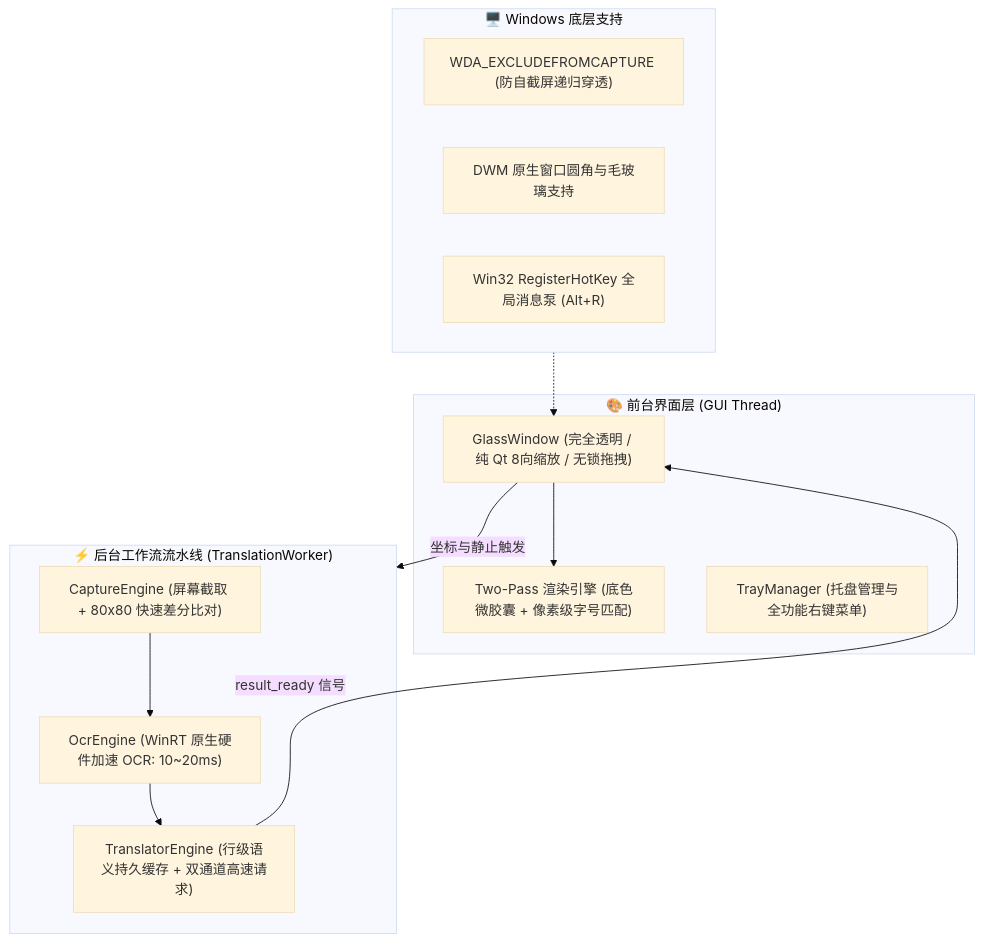
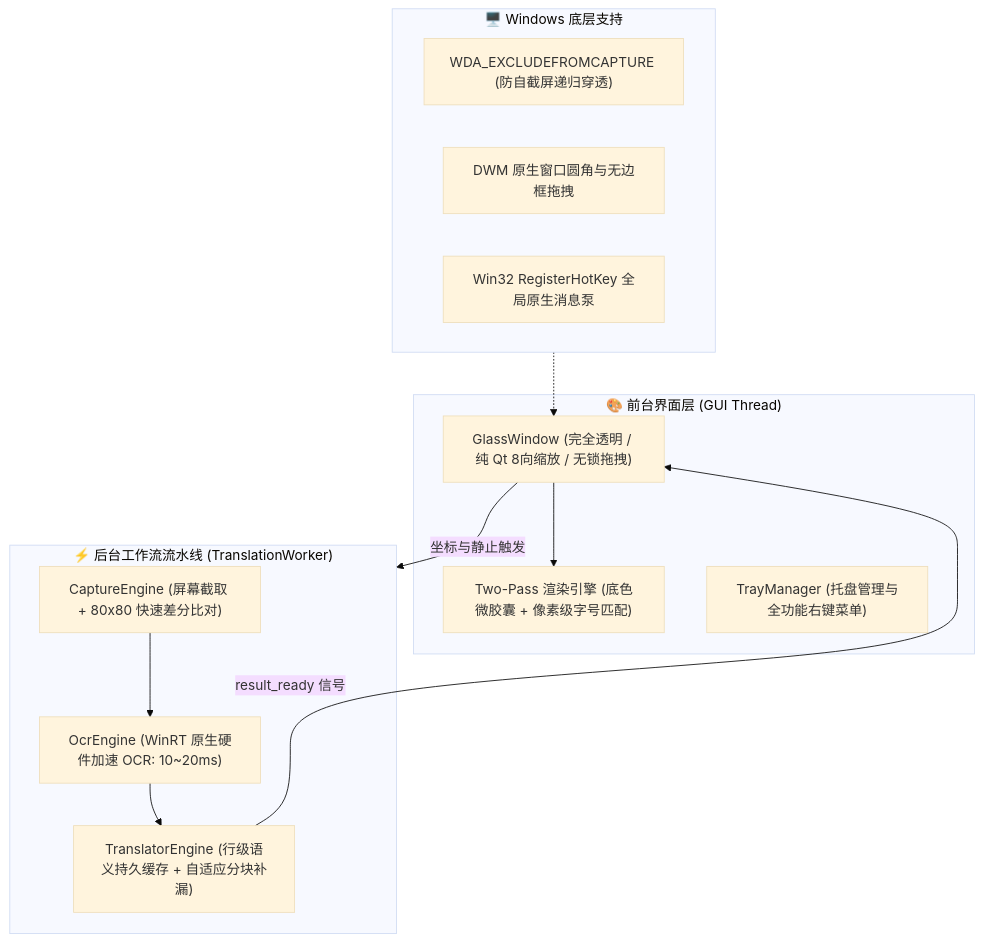
Before and after one commit to newHashub/glass_translate: the diagram in README.md, drawn with Mermaid (base theme). The commit also changed other lines of this file, not shown here.

Commit message:
docs: enrich README with instant startup benchmarks, configurable hotkeys, and chunking architecture

````diff
--- a/README.md
+++ b/README.md
@@ -134,26 +146,26 @@
 ```mermaid
 flowchart TD
     subgraph UI ["🎨 前台界面层 (GUI Thread)"]
         GW["GlassWindow (完全透明 / 纯 Qt 8向缩放 / 无锁拖拽)"]
         TP["Two-Pass 渲染引擎 (底色微胶囊 + 像素级字号匹配)"]
         TM["TrayManager (托盘管理与全功能右键菜单)"]
     end
 
     subgraph Pipeline ["⚡ 后台工作流流水线 (TranslationWorker)"]
         CE["CaptureEngine (屏幕截取 + 80x80 快速差分比对)"]
         OCR["OcrEngine (WinRT 原生硬件加速 OCR: 10~20ms)"]
-        TE["TranslatorEngine (行级语义持久缓存 + 双通道高速请求)"]
+        TE["TranslatorEngine (行级语义持久缓存 + 自适应分块补漏)"]
     end
 
     subgraph Hardware ["🖥️ Windows 底层支持"]
         WDA["WDA_EXCLUDEFROMCAPTURE (防自截屏递归穿透)"]
-        DWM["DWM 原生窗口圆角与毛玻璃支持"]
-        HK["Win32 RegisterHotKey 全局消息泵 (Alt+R)"]
+        DWM["DWM 原生窗口圆角与无边框拖拽"]
+        HK["Win32 RegisterHotKey 全局原生消息泵"]
     end
 
     GW -->|坐标与静止触发| Pipeline
     CE --> OCR --> TE
     TE -->|result_ready 信号| GW
     GW --> TP
     Hardware -.-> GW
 ```
````
